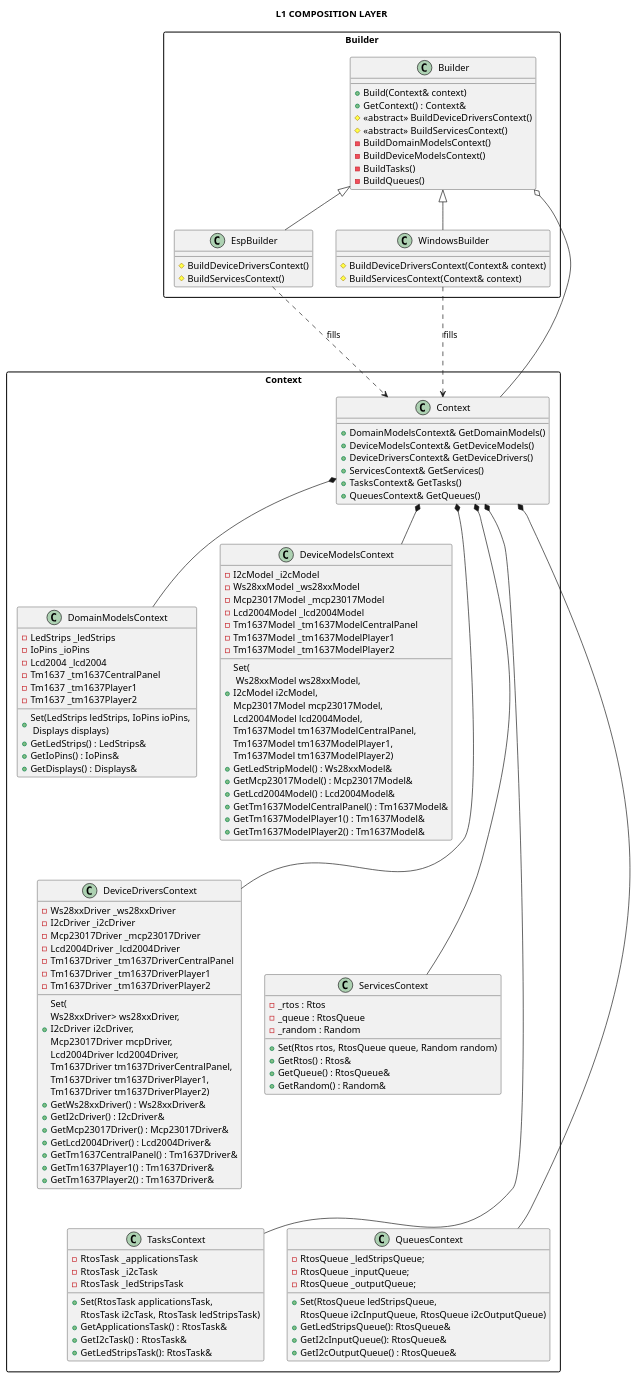
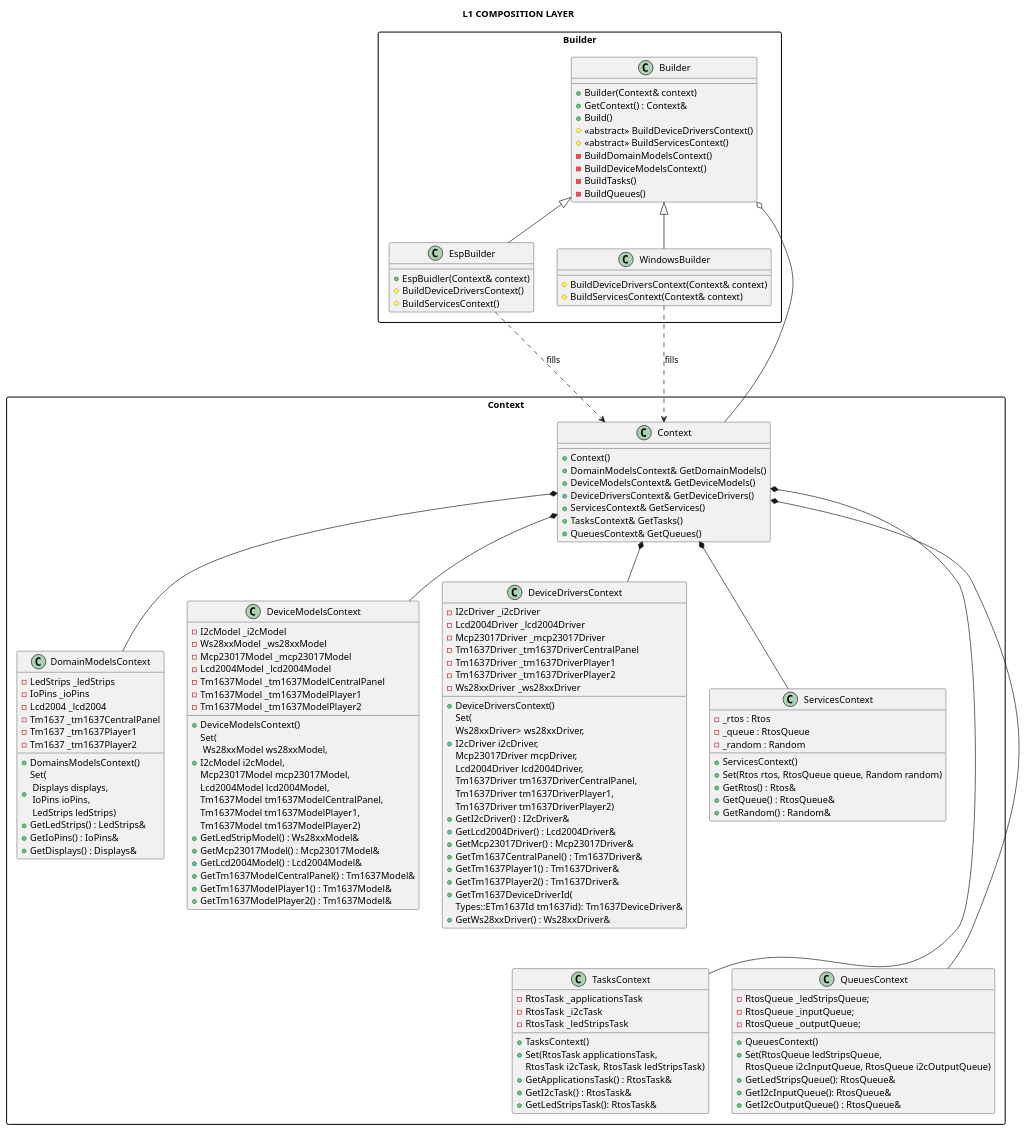
One commit to michelkeijzers/fraxis changed the diagram in Docs/Software Design/Layers/L1_composition_layer.puml. Above: the diagram before and after it, drawn with PlantUML. The commit also changed 154 other files, not shown here.

Commit message:
Updated UML diagrams, removed = default, changed -> to refs

```diff
--- a/Docs/Software Design/Layers/L1_composition_layer.puml
+++ b/Docs/Software Design/Layers/L1_composition_layer.puml
@@ -1,152 +1,161 @@
 @startuml
 
 title L1 COMPOSITION LAYER
 
 skinparam packageStyle rectangle
 skinparam lineThickness 2
 
 package "Builder" as Builder_Package
 {
     class Builder
     {
-        + Build(Context& context)
+        + Builder(Context& context)
         + GetContext() : Context&
+        + Build()
         # <<abstract>> BuildDeviceDriversContext()
         # <<abstract>> BuildServicesContext() 
         - BuildDomainModelsContext()
         - BuildDeviceModelsContext()
         - BuildTasks()
         - BuildQueues()
     }
 
     class EspBuilder
     {
+        + EspBuidler(Context& context)
         # BuildDeviceDriversContext()
         # BuildServicesContext() 
     }
     EspBuilder -u-|> Builder
 
     class WindowsBuilder
     {
         # BuildDeviceDriversContext(Context& context)
         # BuildServicesContext(Context& context) 
     }
     WindowsBuilder -u-|> Builder
 }
 
 package "Context" as ContextPackage
 {
     class Context 
     {
+        + Context()
         + DomainModelsContext& GetDomainModels()
         + DeviceModelsContext& GetDeviceModels()
         + DeviceDriversContext& GetDeviceDrivers() 
         + ServicesContext& GetServices() 
         + TasksContext& GetTasks()
         + QueuesContext& GetQueues()
     }
 
     class DomainModelsContext
     {
-        + Set(LedStrips ledStrips, IoPins ioPins, \n Displays displays)
+        + DomainsModelsContext()
+        + Set(\n Displays displays, \n IoPins ioPins, \n LedStrips ledStrips)
         + GetLedStrips() : LedStrips& 
         + GetIoPins() : IoPins& 
         + GetDisplays() : Displays& 
 
         - LedStrips _ledStrips
         - IoPins _ioPins
         - Lcd2004 _lcd2004
         - Tm1637 _tm1637CentralPanel
         - Tm1637 _tm1637Player1
         - Tm1637 _tm1637Player2
     }
 
     class DeviceModelsContext
     {
+        + DeviceModelsContext()
         + Set(\n Ws28xxModel ws28xxModel,\nI2cModel i2cModel,\nMcp23017Model mcp23017Model,\nLcd2004Model lcd2004Model,
             Tm1637Model tm1637ModelCentralPanel,\nTm1637Model tm1637ModelPlayer1,\nTm1637Model tm1637ModelPlayer2)
         + GetLedStripModel() : Ws28xxModel& 
         + GetMcp23017Model() : Mcp23017Model& 
         + GetLcd2004Model() : Lcd2004Model& 
         + GetTm1637ModelCentralPanel() : Tm1637Model& 
         + GetTm1637ModelPlayer1() : Tm1637Model& 
         + GetTm1637ModelPlayer2() : Tm1637Model& 
         - I2cModel _i2cModel
         - Ws28xxModel _ws28xxModel
         - Mcp23017Model _mcp23017Model
         - Lcd2004Model _lcd2004Model
         - Tm1637Model _tm1637ModelCentralPanel
         - Tm1637Model _tm1637ModelPlayer1
         - Tm1637Model _tm1637ModelPlayer2
     }
     
     class DeviceDriversContext
     {
-
+        + DeviceDriversContext()
         + Set(\nWs28xxDriver> ws28xxDriver,\nI2cDriver i2cDriver,\nMcp23017Driver mcpDriver,\nLcd2004Driver lcd2004Driver,
             Tm1637Driver tm1637DriverCentralPanel,\nTm1637Driver tm1637DriverPlayer1,\nTm1637Driver tm1637DriverPlayer2)
-        + GetWs28xxDriver() : Ws28xxDriver& 
         + GetI2cDriver() : I2cDriver& 
+        + GetLcd2004Driver() : Lcd2004Driver& 
         + GetMcp23017Driver() : Mcp23017Driver& 
-        + GetLcd2004Driver() : Lcd2004Driver& 
         + GetTm1637CentralPanel() : Tm1637Driver& 
         + GetTm1637Player1() : Tm1637Driver& 
         + GetTm1637Player2() : Tm1637Driver& 
-
-        - Ws28xxDriver _ws28xxDriver
+        + GetTm1637DeviceDriverId(
+            Types::ETm1637Id tm1637id): Tm1637DeviceDriver&
+        + GetWs28xxDriver() : Ws28xxDriver& 
         - I2cDriver _i2cDriver
+        - Lcd2004Driver _lcd2004Driver
         - Mcp23017Driver _mcp23017Driver
-        - Lcd2004Driver _lcd2004Driver
         - Tm1637Driver _tm1637DriverCentralPanel
         - Tm1637Driver _tm1637DriverPlayer1
         - Tm1637Driver _tm1637DriverPlayer2
+        - Ws28xxDriver _ws28xxDriver
     }
 
     class ServicesContext
     {
+        + ServicesContext()
         + Set(Rtos rtos, RtosQueue queue, Random random)
         + GetRtos() : Rtos& 
         + GetQueue() : RtosQueue& 
         + GetRandom() : Random& 
         - _rtos : Rtos 
         - _queue : RtosQueue 
         - _random : Random 
     }
 
     class TasksContext
     {
+        + TasksContext()
         + Set(RtosTask applicationsTask, 
             RtosTask i2cTask, RtosTask ledStripsTask)
         + GetApplicationsTask() : RtosTask& 
         + GetI2cTask() : RtosTask& 
         + GetLedStripsTask(): RtosTask& 
         - RtosTask _applicationsTask
         - RtosTask _i2cTask
         - RtosTask _ledStripsTask
     }
 
     class QueuesContext
     {
+        + QueuesContext()
         + Set(RtosQueue ledStripsQueue, 
             RtosQueue i2cInputQueue, RtosQueue i2cOutputQueue)
         + GetLedStripsQueue(): RtosQueue& 
         + GetI2cInputQueue(): RtosQueue& 
         + GetI2cOutputQueue() : RtosQueue& 
         - RtosQueue _ledStripsQueue;
         - RtosQueue _inputQueue;
         - RtosQueue _outputQueue;
     }
 
     Context *-- DomainModelsContext
     Context *-- DeviceModelsContext
-    Context *--- DeviceDriversContext
-    Context *--- ServicesContext
-    Context *---- TasksContext
-    Context *---- QueuesContext
+    Context *-- DeviceDriversContext
+    Context *-- ServicesContext
+    Context *--- TasksContext
+    Context *--- QueuesContext
 }
 
 Builder o-- Context
 EspBuilder ..-> Context : fills
 WindowsBuilder ..-> Context : fills
 
 @enduml
```
